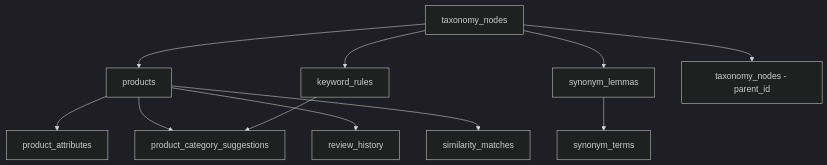
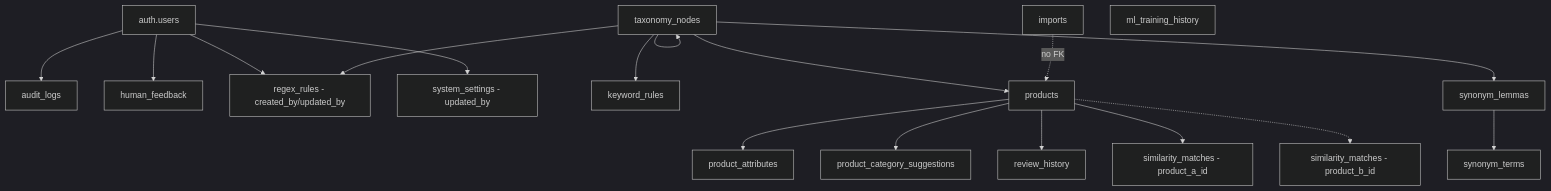
Before and after one commit to kpayakv2/check-products: the diagram in docs/architecture/REAL_DATABASE_RELATIONSHIPS.md, drawn with Mermaid (dark theme). The commit also changed other lines of this file and 1 other file, not shown here.

First line of the commit message:
docs: rewrite database schema docs to match the live DB, not 2025-10-04

````diff
--- a/docs/architecture/REAL_DATABASE_RELATIONSHIPS.md
+++ b/docs/architecture/REAL_DATABASE_RELATIONSHIPS.md
@@ -166,15 +165,24 @@
 ```mermaid
 graph TD
-    TN[taxonomy_nodes] --> P[products]
-    TN --> KR[keyword_rules]  
+    AU[auth.users] --> AL[audit_logs]
+    AU --> HF[human_feedback]
+    AU --> RR[regex_rules - created_by/updated_by]
+    AU --> SS[system_settings - updated_by]
+
+    TN[taxonomy_nodes] --> TN
+    TN --> P[products]
+    TN --> KR[keyword_rules]
+    TN --> RR
     TN --> SL[synonym_lemmas]
-    TN --> TN2[taxonomy_nodes - parent_id]
-    
+
     P --> PA[product_attributes]
     P --> PCS[product_category_suggestions]
     P --> RH[review_history]
-    P --> SM[similarity_matches]
-    
-    KR --> PCS
+    P --> SM[similarity_matches - product_a_id]
+    P -.-> SM2[similarity_matches - product_b_id]
+
     SL --> ST[synonym_terms]
+
+    IMP[imports] -.no FK.-> P
+    MLH[ml_training_history]
 ```
````
